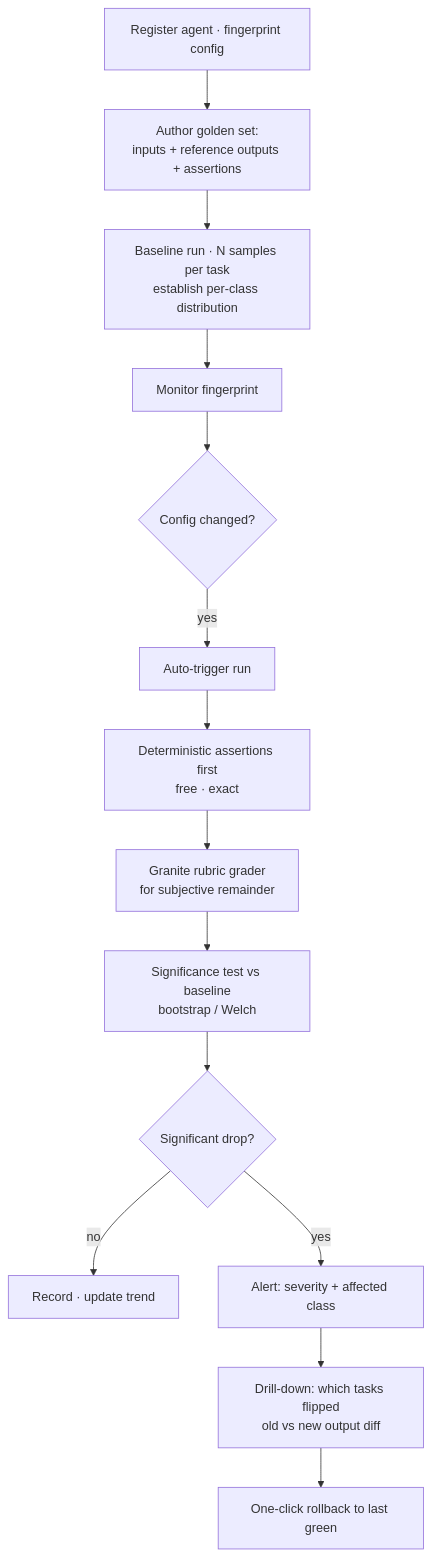
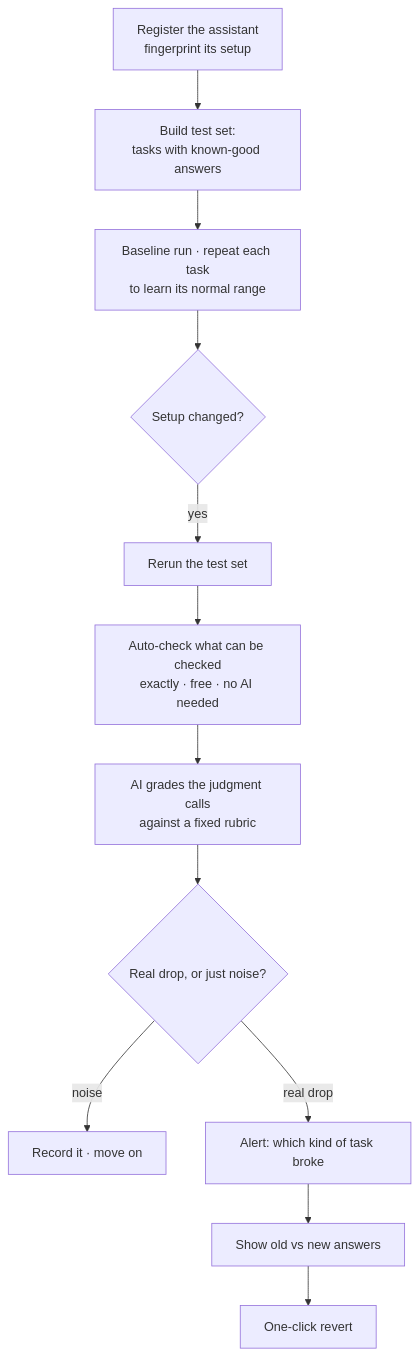
Before and after one commit to kidskoding/ledger: the fourth of 4 diagrams in docs/August Wildcard Project Notes.md, drawn with Mermaid. The commit also changed other lines of this file and 4 other files, not shown here.

````diff
--- a/docs/August Wildcard Project Notes.md
+++ b/docs/August Wildcard Project Notes.md
@@ -891,16 +127,14 @@
 ```mermaid
 flowchart TD
-    A[Register agent · fingerprint config] --> B[Author golden set:<br/>inputs + reference outputs + assertions]
-    B --> C[Baseline run · N samples per task<br/>establish per-class distribution]
-    C --> D[Monitor fingerprint]
-    D --> E{Config changed?}
-    E -->|yes| F[Auto-trigger run]
-    F --> G[Deterministic assertions first<br/>free · exact]
-    G --> H[Granite rubric grader<br/>for subjective remainder]
-    H --> I[Significance test vs baseline<br/>bootstrap / Welch]
-    I --> J{Significant drop?}
-    J -->|no| K[Record · update trend]
-    J -->|yes| L[Alert: severity + affected class]
-    L --> M[Drill-down: which tasks flipped<br/>old vs new output diff]
-    M --> N[One-click rollback to last green]
+    A[Register the assistant<br/>fingerprint its setup] --> B[Build test set:<br/>tasks with known-good answers]
+    B --> C[Baseline run · repeat each task<br/>to learn its normal range]
+    C --> D{Setup changed?}
+    D -->|yes| E[Rerun the test set]
+    E --> F[Auto-check what can be checked<br/>exactly · free · no AI needed]
+    F --> G[AI grades the judgment calls<br/>against a fixed rubric]
+    G --> H{Real drop, or just noise?}
+    H -->|noise| I[Record it · move on]
+    H -->|real drop| J[Alert: which kind of task broke]
+    J --> K[Show old vs new answers]
+    K --> L[One-click revert]
 ```
````
